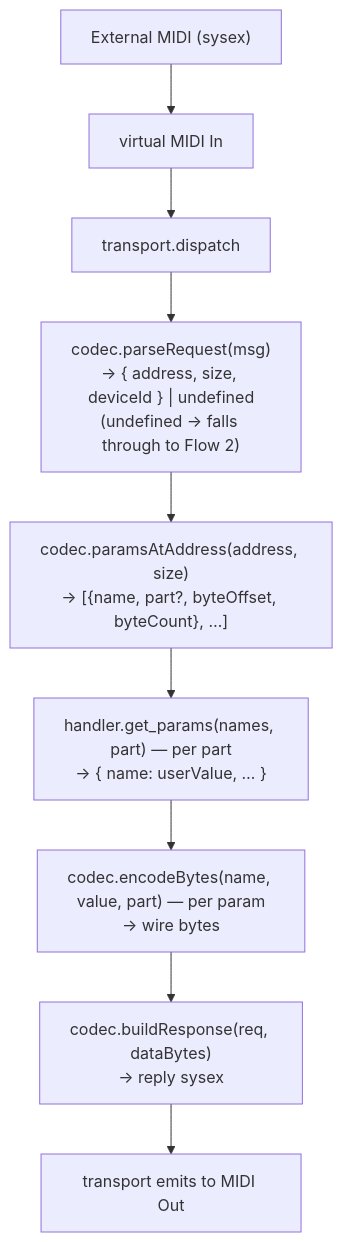
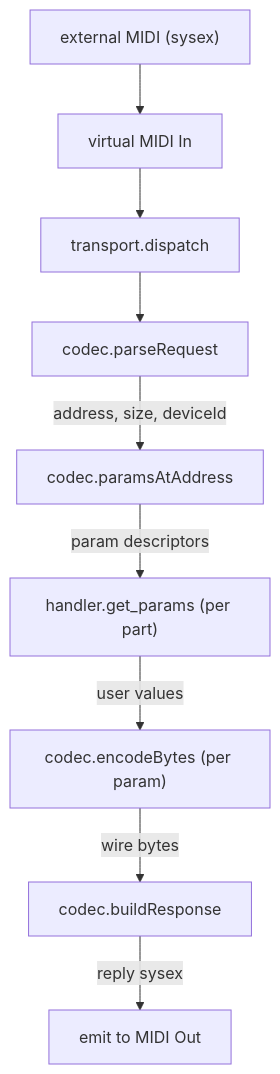
One commit to uribrecher/keyboards-mcp changed the sixth of 9 diagrams in packages/sounds-and-recreation-app/src/transport.md. Above: the diagram before and after it, drawn with Mermaid. The commit also changed other lines of this file, not shown here.

First line of the commit message:
docs: make transport.md mermaid diagrams structural and concise

````diff
--- a/packages/sounds-and-recreation-app/src/transport.md
+++ b/packages/sounds-and-recreation-app/src/transport.md
@@ -155,11 +160,11 @@
 ```mermaid
 flowchart TB
-    em["External MIDI (sysex)"] --> vin["virtual MIDI In"]
+    em["external MIDI (sysex)"] --> vin["virtual MIDI In"]
     vin --> disp["transport.dispatch"]
-    disp --> pr["codec.parseRequest(msg)<br/>→ { address, size, deviceId } | undefined<br/>(undefined → falls through to Flow 2)"]
-    pr --> pa["codec.paramsAtAddress(address, size)<br/>→ [{name, part?, byteOffset, byteCount}, …]"]
-    pa --> gp["handler.get_params(names, part) — per part<br/>→ { name: userValue, … }"]
-    gp --> eb["codec.encodeBytes(name, value, part) — per param<br/>→ wire bytes"]
-    eb --> br["codec.buildResponse(req, dataBytes)<br/>→ reply sysex"]
-    br --> emit["transport emits to MIDI Out"]
+    disp --> pr["codec.parseRequest"]
+    pr -- "address, size, deviceId" --> pa["codec.paramsAtAddress"]
+    pa -- "param descriptors" --> gp["handler.get_params (per part)"]
+    gp -- "user values" --> eb["codec.encodeBytes (per param)"]
+    eb -- "wire bytes" --> br["codec.buildResponse"]
+    br -- "reply sysex" --> emit["emit to MIDI Out"]
 ```
````
